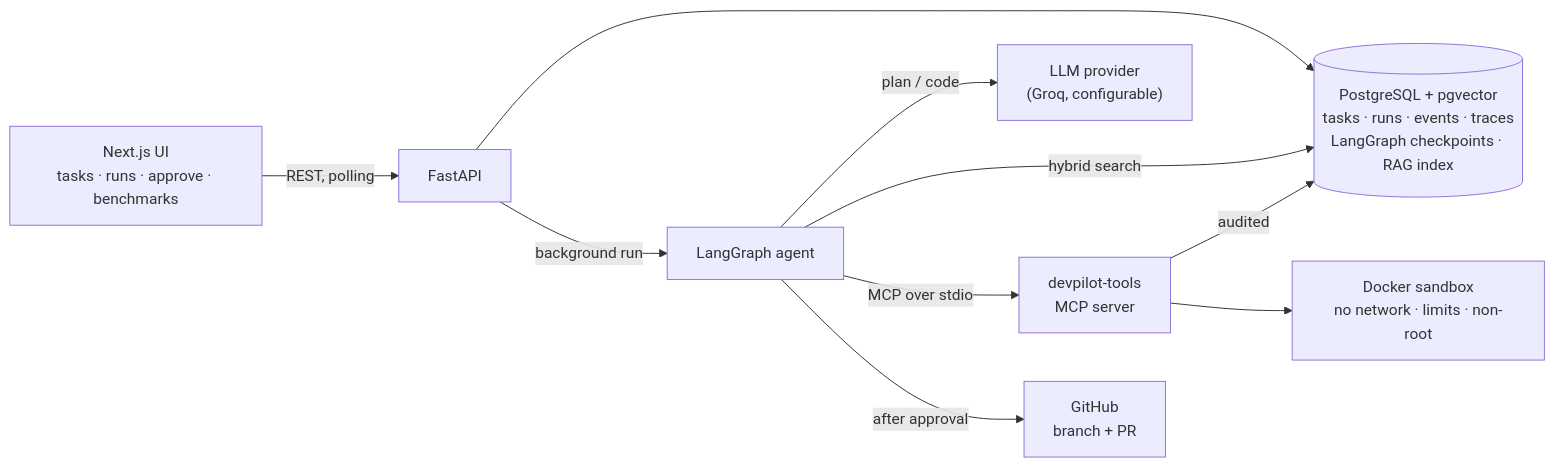
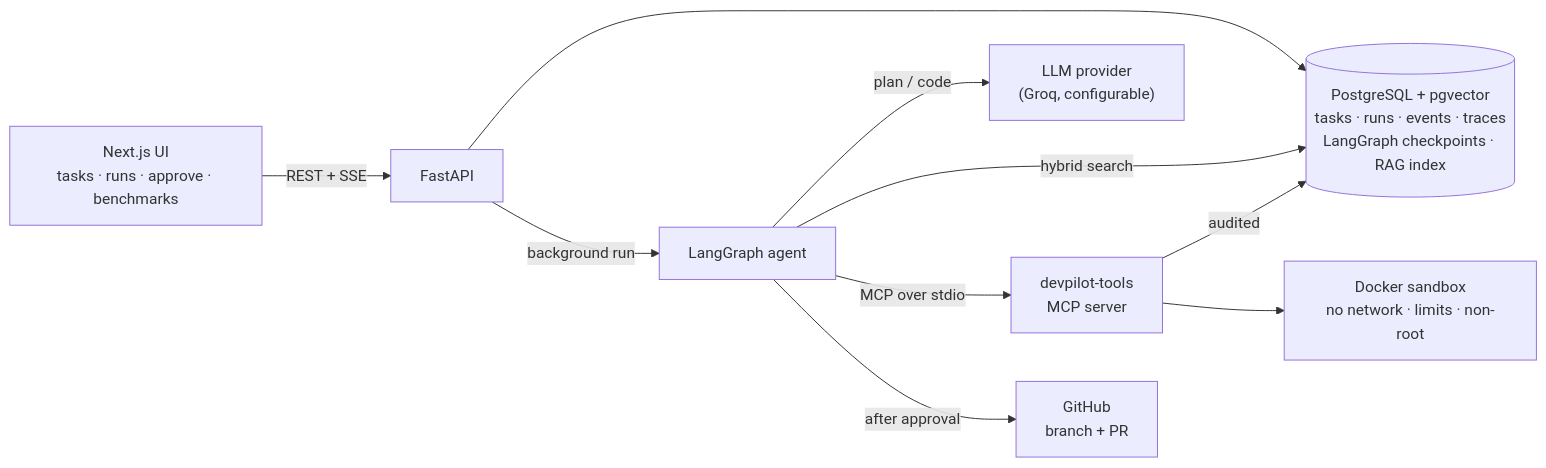
The first of 2 diagrams in README.md (krish1809/devpilot), drawn with Mermaid before and after one commit. The commit also changed other lines of this file and 10 other files, not shown here.

````diff
--- a/README.md
+++ b/README.md
@@ -91,12 +91,12 @@
 ```mermaid
 flowchart LR
-  UI["Next.js UI<br/>tasks · runs · approve · benchmarks"] -->|REST, polling| API["FastAPI"]
+  UI["Next.js UI<br/>tasks · runs · approve · benchmarks"] -->|REST + SSE| API["FastAPI"]
   API --> PG[("PostgreSQL + pgvector<br/>tasks · runs · events · traces<br/>LangGraph checkpoints · RAG index")]
   API -->|background run| G["LangGraph agent"]
   G -->|plan / code| LLM["LLM provider<br/>(Groq, configurable)"]
   G -->|hybrid search| PG
   G -->|MCP over stdio| MCP["devpilot-tools<br/>MCP server"]
   MCP -->|audited| PG
   MCP --> SB["Docker sandbox<br/>no network · limits · non-root"]
   G -->|after approval| GH["GitHub<br/>branch + PR"]
 ```
````
